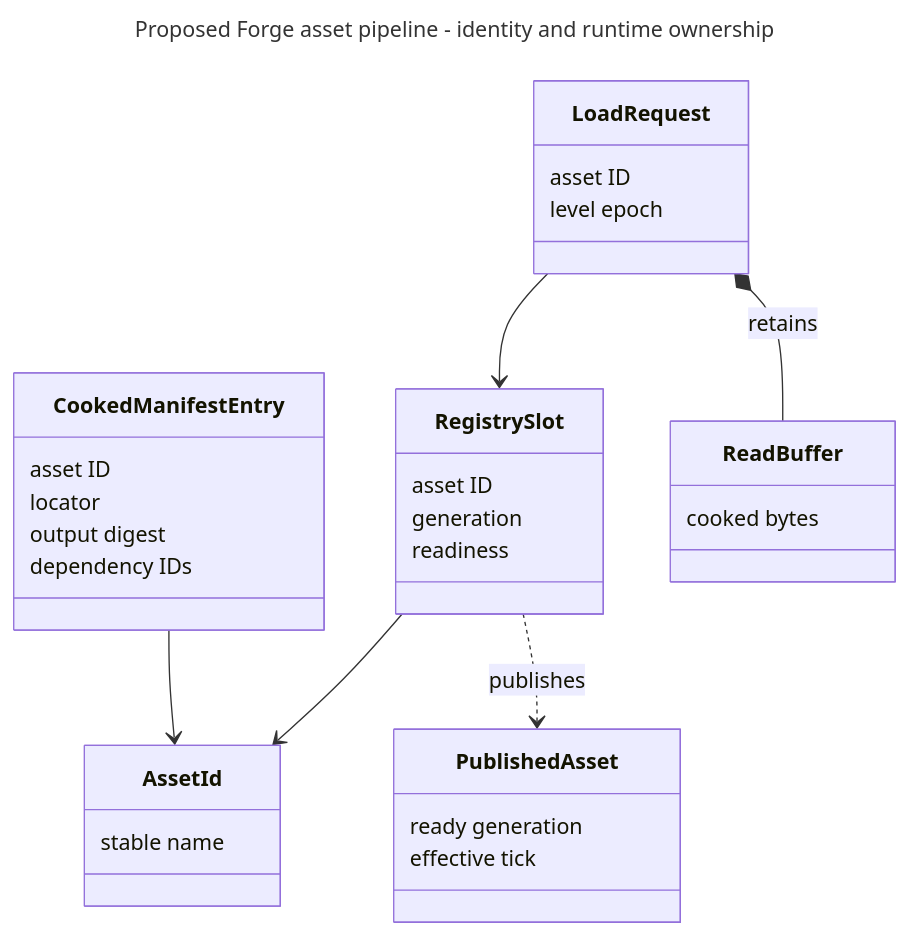
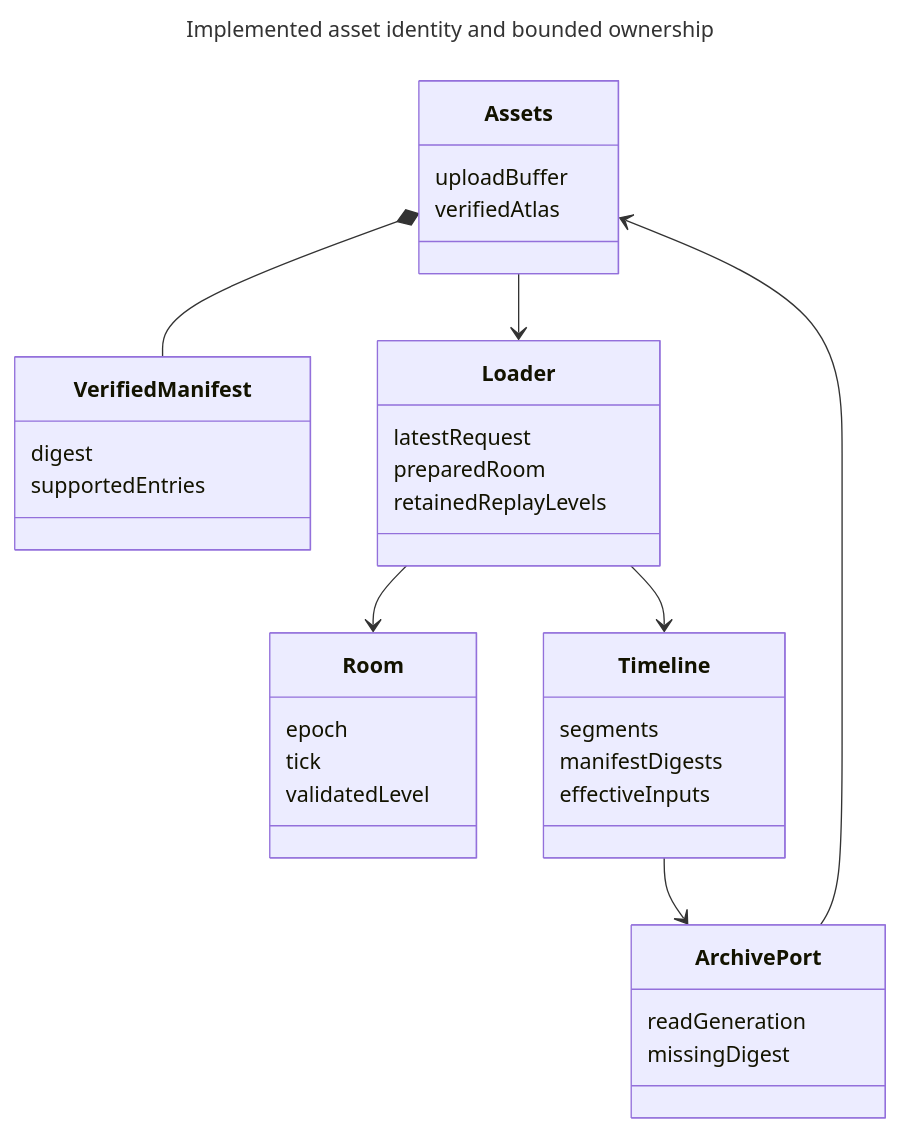
Before and after one commit to roachmaster/homelab: the diagram in docs/architecture/diagrams/mermaid/game-asset-pipeline-contract.mmd, drawn with Mermaid. The commit also changed 120 other files, not shown here.

Commit message:
docs: align Forge designs with implemented capabilities

```diff
--- a/docs/architecture/diagrams/mermaid/game-asset-pipeline-contract.mmd
+++ b/docs/architecture/diagrams/mermaid/game-asset-pipeline-contract.mmd
@@ -1,34 +1,37 @@
 ---
-title: Proposed Forge asset pipeline - identity and runtime ownership
+title: Implemented asset identity and bounded ownership
 ---
 classDiagram
-    class AssetId {
-        stable name
+    class VerifiedManifest {
+        digest
+        supportedEntries
     }
-    class CookedManifestEntry {
-        asset ID
-        locator
-        output digest
-        dependency IDs
+    class Assets {
+        uploadBuffer
+        verifiedAtlas
     }
-    class RegistrySlot {
-        asset ID
-        generation
-        readiness
+    class Loader {
+        latestRequest
+        preparedRoom
+        retainedReplayLevels
     }
-    class LoadRequest {
-        asset ID
-        level epoch
+    class Room {
+        epoch
+        tick
+        validatedLevel
     }
-    class ReadBuffer {
-        cooked bytes
+    class Timeline {
+        segments
+        manifestDigests
+        effectiveInputs
     }
-    class PublishedAsset {
-        ready generation
-        effective tick
+    class ArchivePort {
+        readGeneration
+        missingDigest
     }
-    CookedManifestEntry --> AssetId
-    RegistrySlot --> AssetId
-    LoadRequest --> RegistrySlot
-    LoadRequest *-- ReadBuffer : retains
-    RegistrySlot ..> PublishedAsset : publishes
+    Assets *-- VerifiedManifest
+    Assets --> Loader
+    Loader --> Room
+    Loader --> Timeline
+    Timeline --> ArchivePort
+    ArchivePort --> Assets
```
